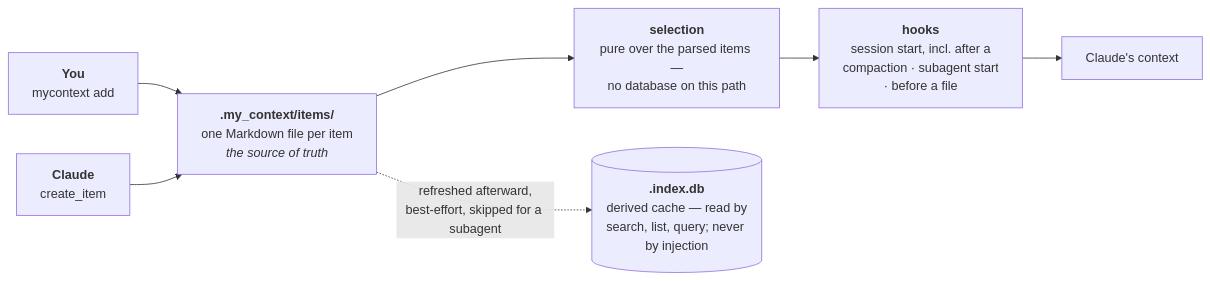
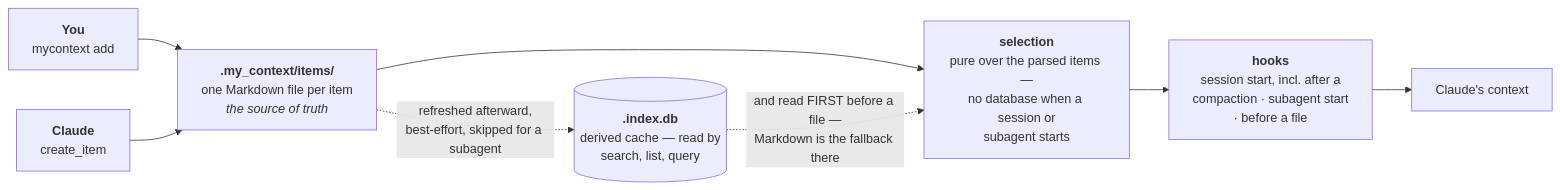
The diagram in docs/capabilities/00-index.md (Dudi-Bar-On/my-context), drawn with Mermaid before and after one commit. The commit also changed other lines of this file and 35 other files, not shown here.

````diff
--- a/docs/capabilities/00-index.md
+++ b/docs/capabilities/00-index.md
@@ -25,9 +25,10 @@
 ```mermaid
 flowchart LR
   Y["<b>You</b><br/>mycontext add"] --> MD
   M["<b>Claude</b><br/>create_item"] --> MD["<b>.my_context/items/</b><br/>one Markdown file per item<br/><i>the source of truth</i>"]
-  MD --> SEL["<b>selection</b><br/>pure over the parsed items —<br/>no database on this path"]
+  MD --> SEL["<b>selection</b><br/>pure over the parsed items —<br/>no database when a session or<br/>subagent starts"]
   SEL --> HK["<b>hooks</b><br/>session start, incl. after a<br/>compaction · subagent start<br/>· before a file"]
   HK --> CX["Claude's context"]
-  MD -.->|"refreshed afterward,<br/>best-effort, skipped for a subagent"| DB[("<b>.index.db</b><br/>derived cache — read by<br/>search, list, query; never by injection")]
+  MD -.->|"refreshed afterward,<br/>best-effort, skipped for a subagent"| DB[("<b>.index.db</b><br/>derived cache — read by<br/>search, list, query")]
+  DB -.->|"and read FIRST before a file —<br/>Markdown is the fallback there"| SEL
 ```
````
